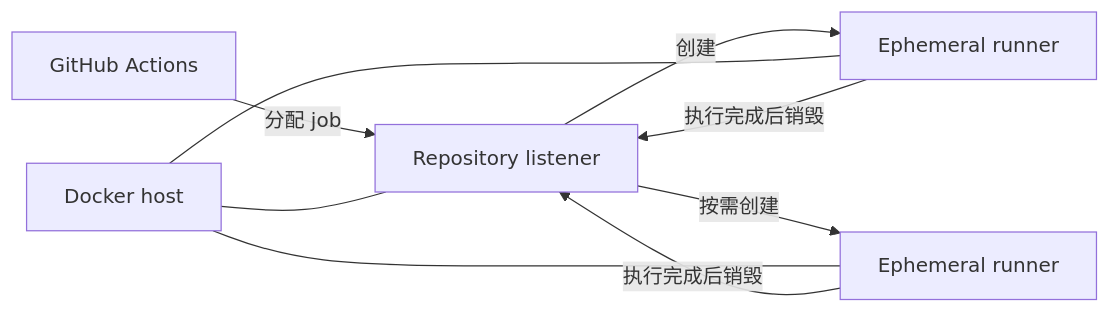
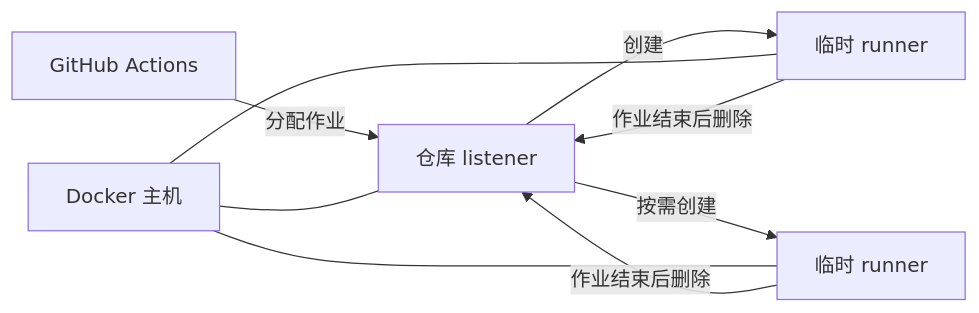
Before and after one commit to maxmixalex/aktion: the diagram in docs/zh/concepts/how-it-works.md, drawn with Mermaid. The commit also changed other lines of this file and 14 other files, not shown here.

````diff
--- a/docs/zh/concepts/how-it-works.md
+++ b/docs/zh/concepts/how-it-works.md
@@ -5,17 +5,17 @@
 ```mermaid
 flowchart LR
     GH["GitHub Actions"]
-    L["Repository listener"]
-    R1["Ephemeral runner"]
-    R2["Ephemeral runner"]
-    D["Docker host"]
+    L["仓库 listener"]
+    R1["临时 runner"]
+    R2["临时 runner"]
+    D["Docker 主机"]
 
-    GH -- "分配 job" --> L
+    GH -- "分配作业" --> L
     L -- "创建" --> R1
     L -- "按需创建" --> R2
-    R1 -- "执行完成后销毁" --> L
-    R2 -- "执行完成后销毁" --> L
+    R1 -- "作业结束后删除" --> L
+    R2 -- "作业结束后删除" --> L
     D --- L
     D --- R1
     D --- R2
 ```
````
